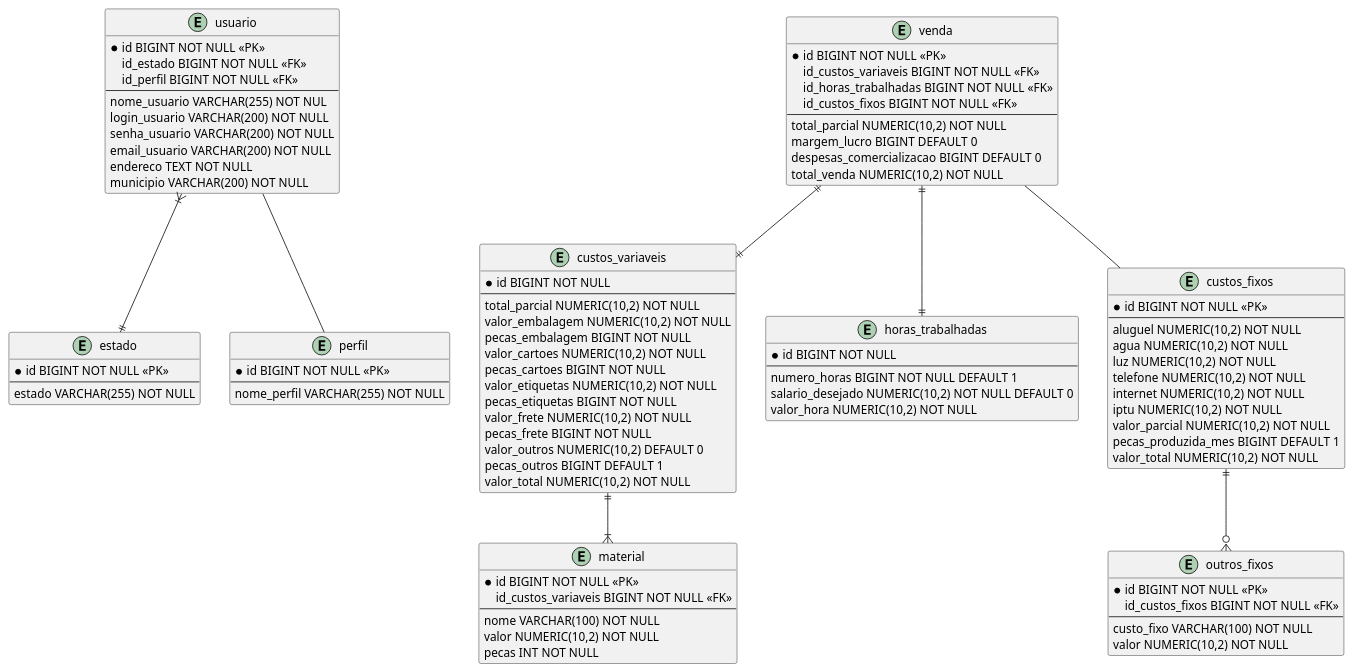
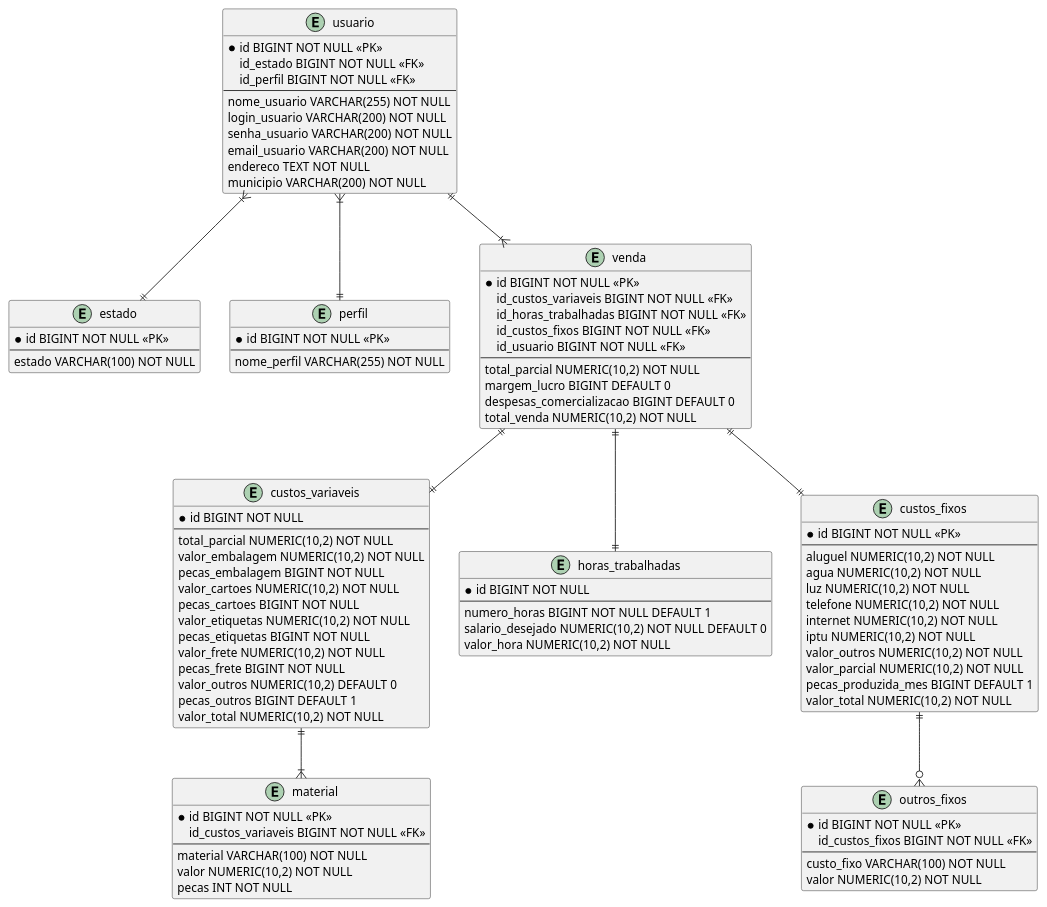
One commit to galaticghost/precificacao-pecas changed the diagram in modelagem/banco.wsd. Above: the diagram before and after it, drawn with PlantUML. The commit also changed 2 other files, not shown here.

```diff
--- a/modelagem/banco.wsd
+++ b/modelagem/banco.wsd
@@ -1,104 +1,107 @@
 @startuml Banco
 
 entity usuario {
     *id BIGINT NOT NULL <<PK>>
     id_estado BIGINT NOT NULL <<FK>>
     id_perfil BIGINT NOT NULL <<FK>>
     --
-    nome_usuario VARCHAR(255) NOT NUL
+    nome_usuario VARCHAR(255) NOT NULL
     login_usuario VARCHAR(200) NOT NULL
     senha_usuario VARCHAR(200) NOT NULL
     email_usuario VARCHAR(200) NOT NULL
     endereco TEXT NOT NULL
     municipio VARCHAR(200) NOT NULL
 }
 
 entity estado {
     *id BIGINT NOT NULL <<PK>>
     --
-    estado VARCHAR(255) NOT NULL
+    estado VARCHAR(100) NOT NULL
 }
 
 entity perfil {
     *id BIGINT NOT NULL <<PK>>
     --
     nome_perfil VARCHAR(255) NOT NULL
 }
 
 entity custos_variaveis {
     *id BIGINT NOT NULL
     --
     total_parcial NUMERIC(10,2) NOT NULL
     valor_embalagem NUMERIC(10,2) NOT NULL
     pecas_embalagem BIGINT NOT NULL
     valor_cartoes NUMERIC(10,2) NOT NULL
     pecas_cartoes BIGINT NOT NULL
     valor_etiquetas NUMERIC(10,2) NOT NULL
     pecas_etiquetas BIGINT NOT NULL
     valor_frete NUMERIC(10,2) NOT NULL
     pecas_frete BIGINT NOT NULL
     valor_outros NUMERIC(10,2) DEFAULT 0
     pecas_outros BIGINT DEFAULT 1
     valor_total NUMERIC(10,2) NOT NULL
 }
 
 entity horas_trabalhadas {
     *id BIGINT NOT NULL
     --
     numero_horas BIGINT NOT NULL DEFAULT 1
     salario_desejado NUMERIC(10,2) NOT NULL DEFAULT 0
     valor_hora NUMERIC(10,2) NOT NULL 
 }
 
 entity custos_fixos {
     *id BIGINT NOT NULL <<PK>>
     --
     aluguel NUMERIC(10,2) NOT NULL
     agua NUMERIC(10,2) NOT NULL
     luz NUMERIC(10,2) NOT NULL
     telefone NUMERIC(10,2) NOT NULL
     internet NUMERIC(10,2) NOT NULL
     iptu NUMERIC(10,2) NOT NULL
+    valor_outros NUMERIC(10,2) NOT NULL
     valor_parcial NUMERIC(10,2) NOT NULL
     pecas_produzida_mes BIGINT DEFAULT 1
     valor_total NUMERIC(10,2) NOT NULL
 }
 
 entity outros_fixos {
     *id BIGINT NOT NULL <<PK>>
     id_custos_fixos BIGINT NOT NULL <<FK>>
     --
     custo_fixo VARCHAR(100) NOT NULL
     valor NUMERIC(10,2) NOT NULL
 }
 
 entity material {
     *id BIGINT NOT NULL <<PK>>
     id_custos_variaveis BIGINT NOT NULL <<FK>>
     --
-    nome VARCHAR(100) NOT NULL
+    material VARCHAR(100) NOT NULL
     valor NUMERIC(10,2) NOT NULL
     pecas INT NOT NULL
 }
 
 entity venda {
     *id BIGINT NOT NULL <<PK>>
     id_custos_variaveis BIGINT NOT NULL <<FK>>
     id_horas_trabalhadas BIGINT NOT NULL <<FK>>
     id_custos_fixos BIGINT NOT NULL <<FK>>
+    id_usuario BIGINT NOT NULL <<FK>>
     --
     total_parcial NUMERIC(10,2) NOT NULL
     margem_lucro BIGINT DEFAULT 0
     despesas_comercializacao BIGINT DEFAULT 0
     total_venda NUMERIC(10,2) NOT NULL
 }
 
 usuario }|--|| estado
-usuario -- perfil
+usuario }|--|| perfil
 venda ||--|| custos_variaveis
 venda ||--|| horas_trabalhadas
-venda -- custos_fixos
+venda ||--|| custos_fixos
 custos_variaveis ||--|{ material
 custos_fixos ||--o{ outros_fixos
+usuario ||--|{ venda
 
 @enduml
```
